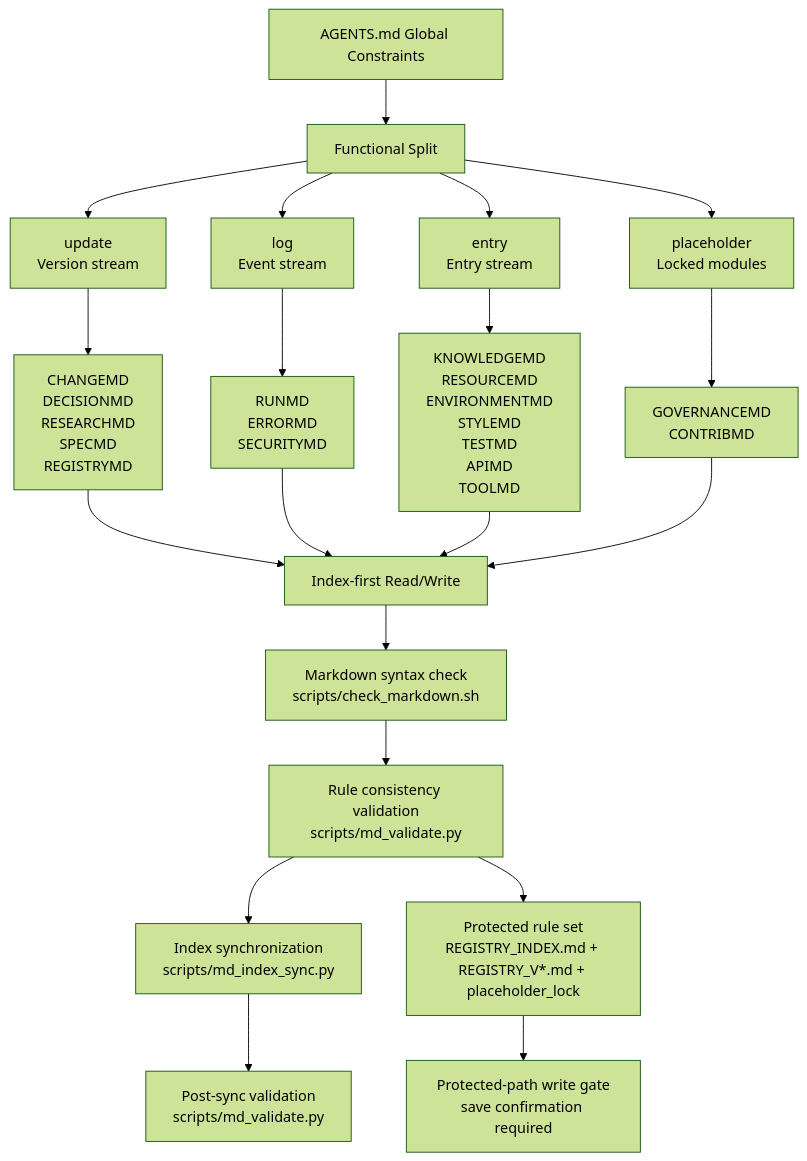
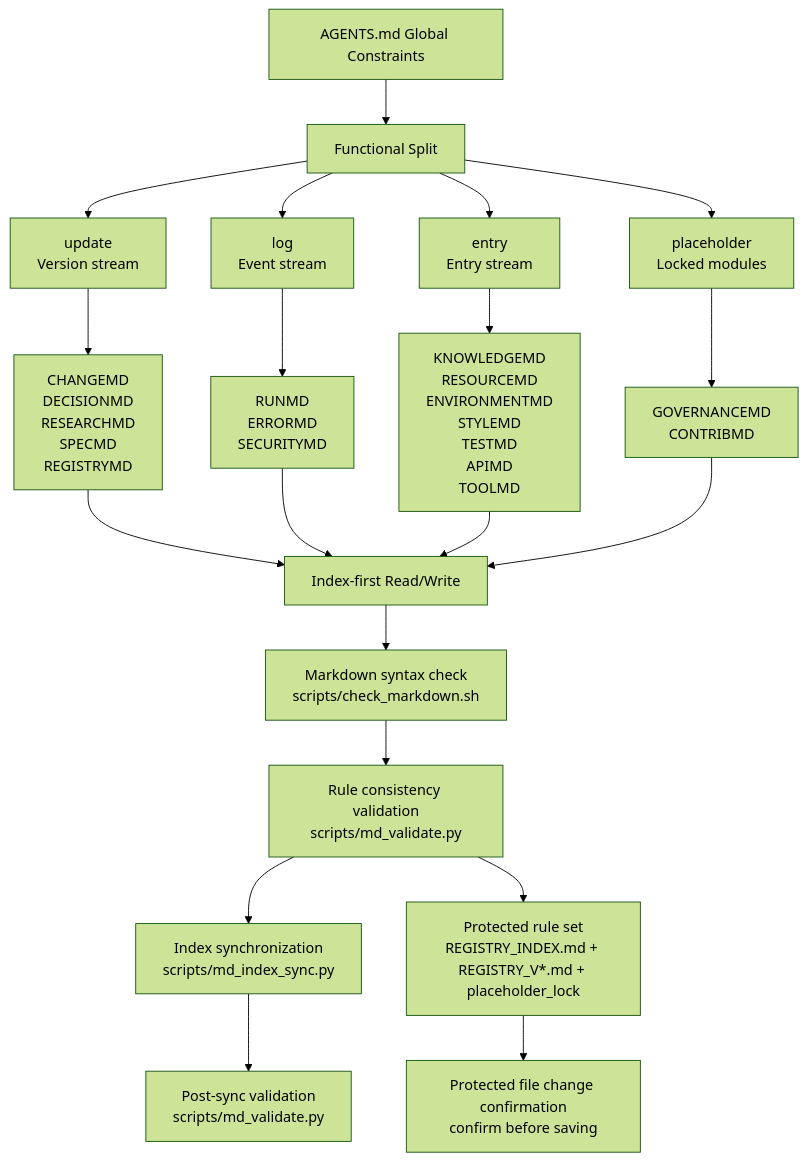
The first of 2 diagrams in README.md (AIALRA-0/AGENTSMD), drawn with Mermaid (forest theme) before and after one commit. The commit also changed other lines of this file, not shown here.

Commit message:
docs: refine mode mapping placement, simplify protected confirmation wording, and streamline starter prompt

````diff
--- a/README.md
+++ b/README.md
@@ -38,26 +38,26 @@
 ```mermaid
 flowchart TD
   A[AGENTS.md Global Constraints] --> B[Functional Split]
   B --> B1[update<br/>Version stream]
   B --> B2[log<br/>Event stream]
   B --> B3[entry<br/>Entry stream]
   B --> BP[placeholder<br/>Locked modules]
 
   B1 --> U1[CHANGEMD<br/>DECISIONMD<br/>RESEARCHMD<br/>SPECMD<br/>REGISTRYMD]
   B2 --> U2[RUNMD<br/>ERRORMD<br/>SECURITYMD]
   B3 --> U3[KNOWLEDGEMD<br/>RESOURCEMD<br/>ENVIRONMENTMD<br/>STYLEMD<br/>TESTMD<br/>APIMD<br/>TOOLMD]
   BP --> U4[GOVERNANCEMD<br/>CONTRIBMD]
 
   U1 --> C[Index-first Read/Write]
   U2 --> C
   U3 --> C
   U4 --> C
 
   C --> D[Markdown syntax check<br/>scripts/check_markdown.sh]
   D --> E[Rule consistency validation<br/>scripts/md_validate.py]
   E --> F[Index synchronization<br/>scripts/md_index_sync.py]
   F --> G[Post-sync validation<br/>scripts/md_validate.py]
 
   E --> H[Protected rule set<br/>REGISTRY_INDEX.md + REGISTRY_V*.md + placeholder_lock]
-  H --> I[Protected-path write gate<br/>save confirmation required]
+  H --> I[Protected file change confirmation<br/>confirm before saving]
 ```
````
